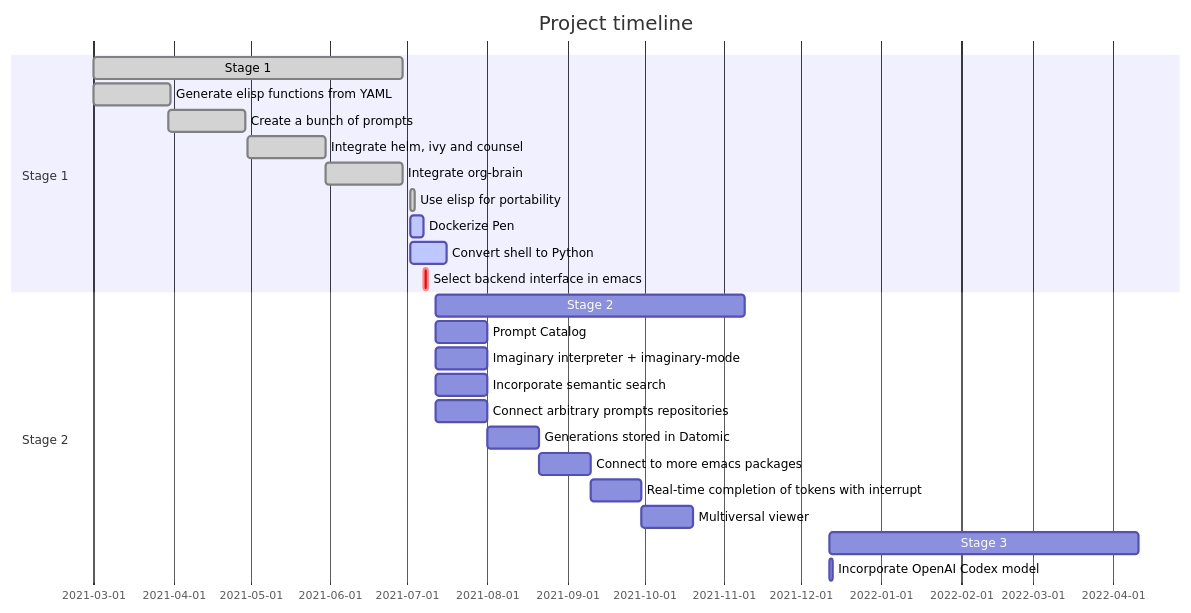
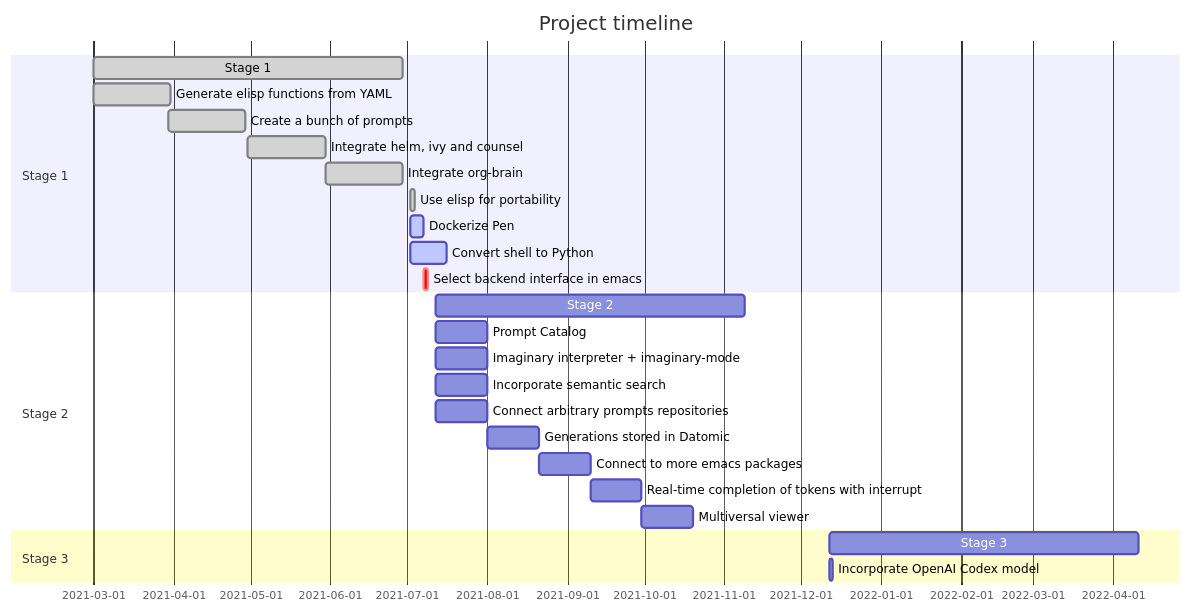
One commit to semiosis/pen.el changed the diagram in docs/README.org. Above: the diagram before and after it, drawn with Mermaid. The commit also changed 1 other file, not shown here.

Commit message:
Fri 02 Jul 2021 19:34:00

```diff
--- a/docs/README.org
+++ b/docs/README.org
@@ -31,27 +31,28 @@
 #+BEGIN_SRC mermaid :results raw :file project-timeline.png
   gantt
           title Project timeline
           dateFormat  YYYY-MM-DD
           section Stage 1
           Stage 1  :done, :s1, 2021-03-01, 120d
           Generate elisp functions from YAML  :done,  :a1, 2021-03-01, 30d
           Create a bunch of prompts  :done,   :a3, 2021-03-30, 30d
           Integrate helm, ivy and counsel  :done,   :a4, 2021-04-30, 30d
           Integrate org-brain  :done,   :a5, 2021-05-30, 30d
           Use elisp for portability :done,  :b2, 2021-07-02, 2d
           Dockerize Pen : active, b3, after b2 , 5d
           Convert shell to Python : active, b4, after b2 , 14d
           Select backend interface in emacs :crit, after b3, 2d
           section Stage 2
           Stage 2  :s2, 2021-07-12, 120d
           Prompt Catalog : b6a, 2021-07-12, 20d
           Imaginary interpreter + imaginary-mode : b11, 2021-07-12, 20d
           Incorporate semantic search : b12, 2021-07-12, 20d
           Connect arbitrary prompts repositories : b6, 2021-07-12, 20d
           Generations stored in Datomic : b7, after b6, 20d
           Connect to more emacs packages : b8, after b7 , 20d
           Real-time completion of tokens with interrupt : b9, after b8, 20d
           Multiversal viewer : b10, after b9, 20d
+          section Stage 3
           Stage 3  :s3, 2021-12-12, 120d
           Incorporate OpenAI Codex model : c1, 2021-12-12, 1d
 #+END_SRC
```
